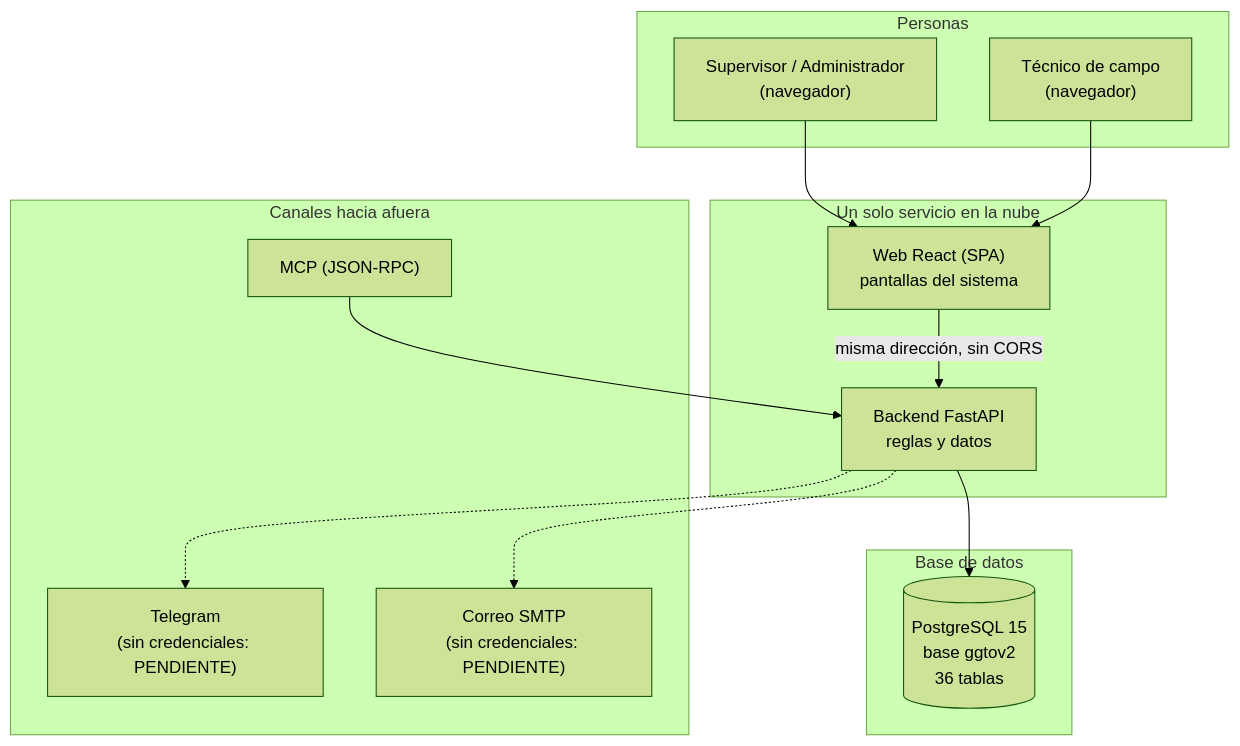
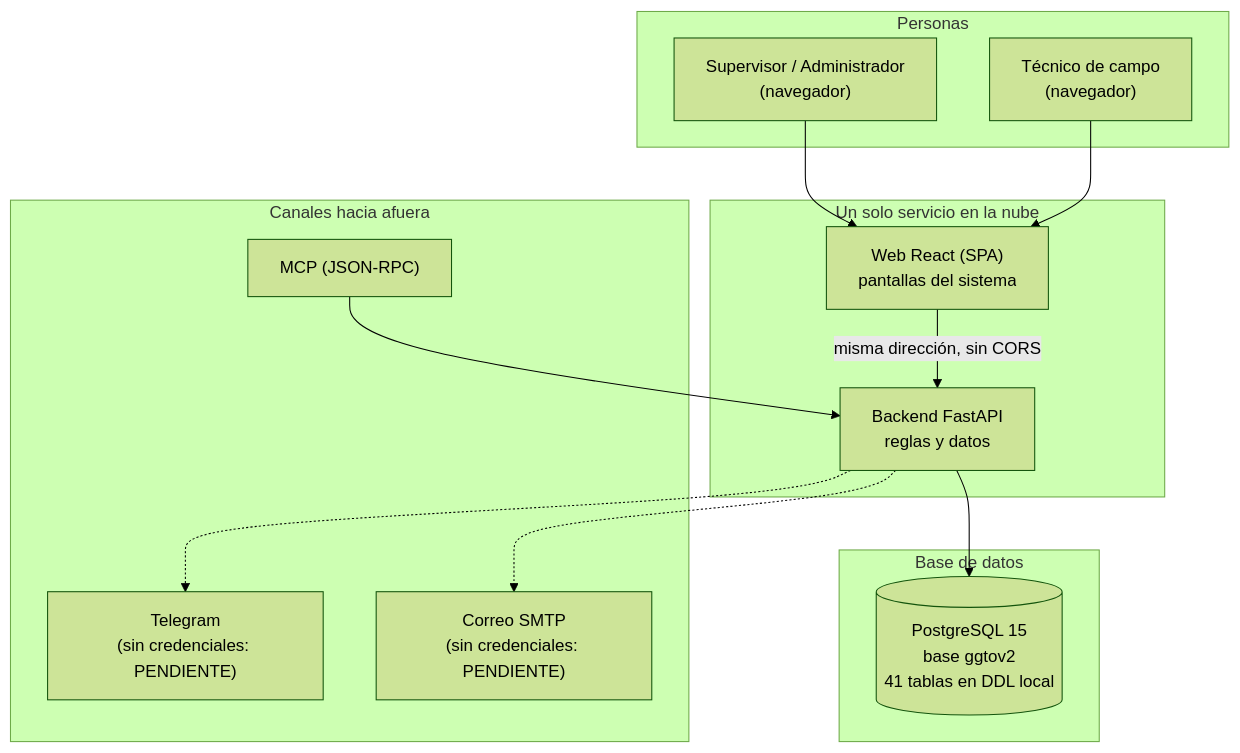
Before and after one commit to anlucorporations/GGTO: the third of 4 diagrams in docs/Manuales/01-Tecnologia/01-plataforma.md, drawn with Mermaid (forest theme). The commit also changed other lines of this file and 259 other files, not shown here.

````diff
--- a/docs/Manuales/01-Tecnologia/01-plataforma.md
+++ b/docs/Manuales/01-Tecnologia/01-plataforma.md
@@ -165,26 +170,26 @@
 ```mermaid
 flowchart TB
     subgraph Usuarios["Personas"]
         SUP["Supervisor / Administrador<br/>(navegador)"]
         TEC["Técnico de campo<br/>(navegador)"]
     end
     subgraph Contenedor["Un solo servicio en la nube"]
         WEB["Web React (SPA)<br/>pantallas del sistema"]
         API["Backend FastAPI<br/>reglas y datos"]
         WEB -->|"misma dirección, sin CORS"| API
     end
     subgraph Datos["Base de datos"]
-        PG[("PostgreSQL 15<br/>base ggtov2<br/>36 tablas")]
+        PG[("PostgreSQL 15<br/>base ggtov2<br/>41 tablas en DDL local")]
     end
     subgraph Canales["Canales hacia afuera"]
         TG["Telegram<br/>(sin credenciales: PENDIENTE)"]
         MAIL["Correo SMTP<br/>(sin credenciales: PENDIENTE)"]
         MCP["MCP (JSON-RPC)"]
     end
     SUP --> WEB
     TEC --> WEB
     API --> PG
     API -.-> TG
     API -.-> MAIL
     MCP --> API
 ```
````
